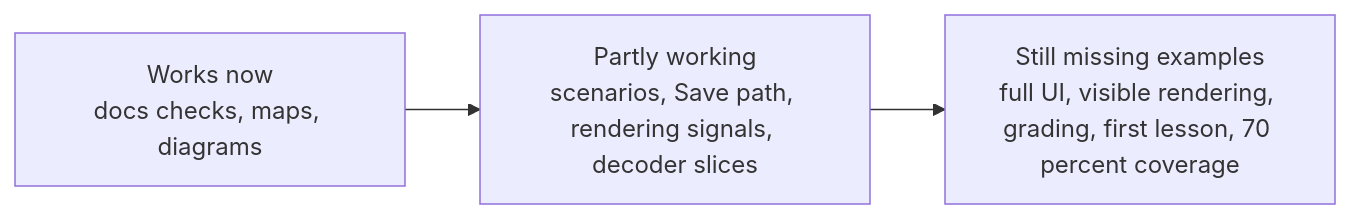
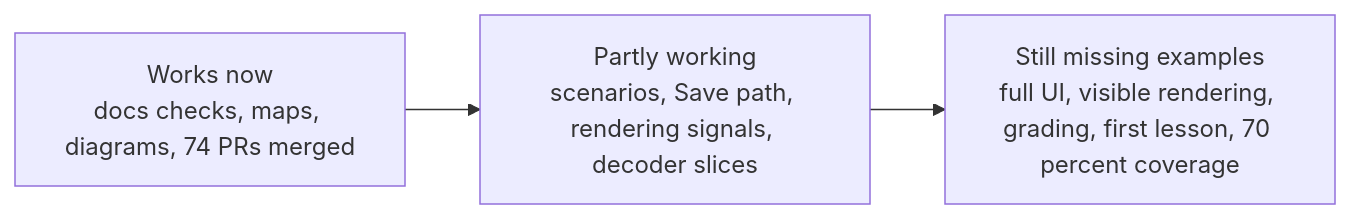
One commit to rysweet/drinkme changed the fifth of 5 diagrams in README.md. Above: the diagram before and after it, drawn with Mermaid. The commit also changed other lines of this file and 1 other file, not shown here.

First line of the commit message:
Update status: 74 PRs merged, TweedleEncoder done, 44/46 scenarios pass (#110)

````diff
--- a/README.md
+++ b/README.md
@@ -123,5 +122,5 @@
 ```mermaid
 flowchart LR
-  Works["Works now<br/>docs checks, maps, diagrams"] --> Partial["Partly working<br/>scenarios, Save path, rendering signals, decoder slices"]
+  Works["Works now<br/>docs checks, maps, diagrams, 74 PRs merged"] --> Partial["Partly working<br/>scenarios, Save path, rendering signals, decoder slices"]
   Partial --> Missing["Still missing examples<br/>full UI, visible rendering, grading, first lesson, 70 percent coverage"]
 ```
````
